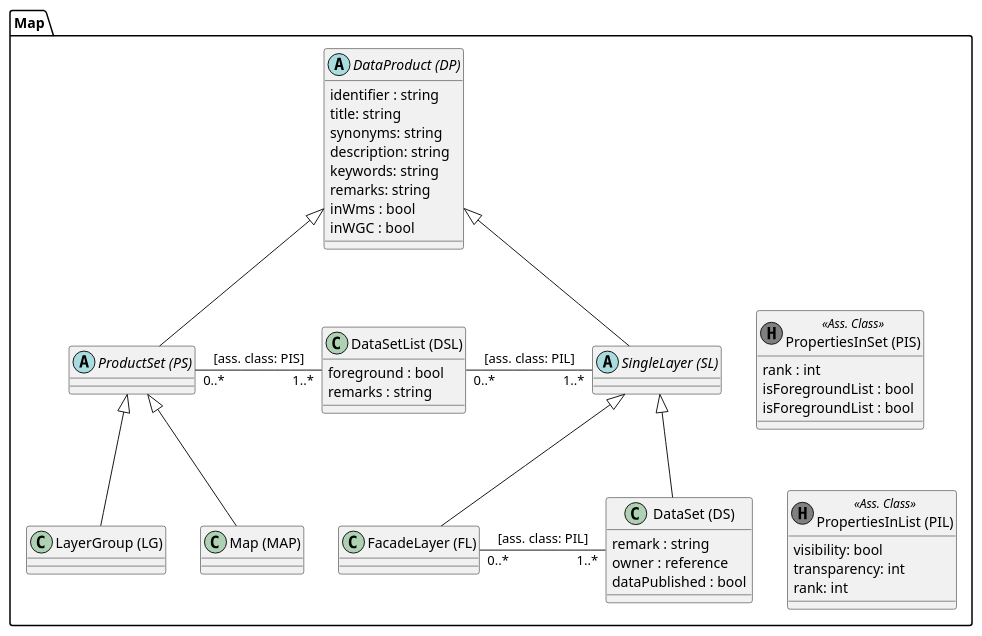
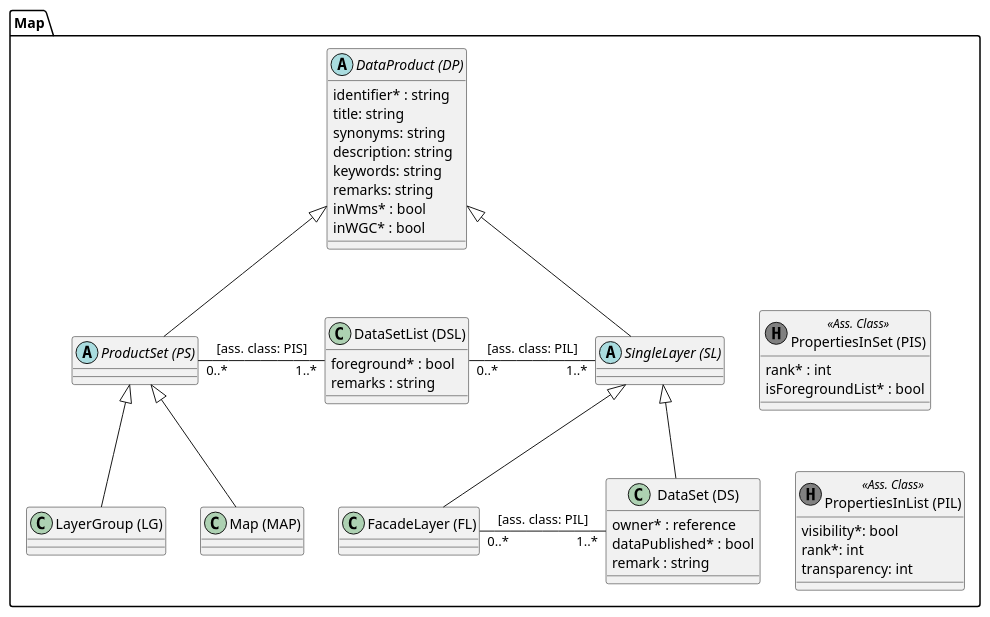
One commit to simi-so/mm changed the diagram in puml/src/simi_map.puml. Above: the diagram before and after it, drawn with PlantUML. The commit also changed 1 other file, not shown here.

```diff
--- a/puml/src/simi_map.puml
+++ b/puml/src/simi_map.puml
@@ -1,61 +1,60 @@
 @startuml
 package Map {
   abstract class "DataProduct (DP)" as dp {
-      identifier : string
+      identifier* : string
       title: string
       synonyms: string
       description: string
       keywords: string
       remarks: string
-      inWms : bool
-      inWGC : bool
+      inWms* : bool
+      inWGC* : bool
   }
   
   abstract class "ProductSet (PS)" as ps
   class "LayerGroup (LG)" as lg
 
   class "Map (MAP)" as map
   
   class "DataSetList (DSL)" as dsl {
-    foreground : bool
+    foreground* : bool
     remarks : string
   }
   
   abstract class "SingleLayer (SL)" as sl
   class "FacadeLayer (FL)" as fl
   class "DataSet (DS)" as ds {
-  	remark : string
-    owner : reference
-    dataPublished : bool
+    owner* : reference
+    dataPublished* : bool
+    remark : string
   }
   
   class "PropertiesInList (PIL)" as pil << (H, grey) Ass. Class >> {
-  	visibility: bool
+  	visibility*: bool
+    rank*: int
     transparency: int
-    rank: int
   }
   
   class "PropertiesInSet (PIS)" as pis << (H, grey) Ass. Class >> {
-    rank : int
-    isForegroundList : bool
-    isForegroundList : bool
+    rank* : int
+    isForegroundList* : bool
   }
   
   dp <|-- ps
   ps <|-- lg
   ps <|-- map
   
   dp <|-- sl
   sl <|-- ds
   sl <|-- fl
   
   ps "0..*" - "1..*" dsl : [ass. class: PIS]
   
   dsl "0..*" - "1..*" sl : [ass. class: PIL]  
   fl "0..*" - "1..*" ds : [ass. class: PIL]
   
   ' layout help
   sl -[hidden]> pis
   ds -[hidden]> pil
 }
 @enduml
```
